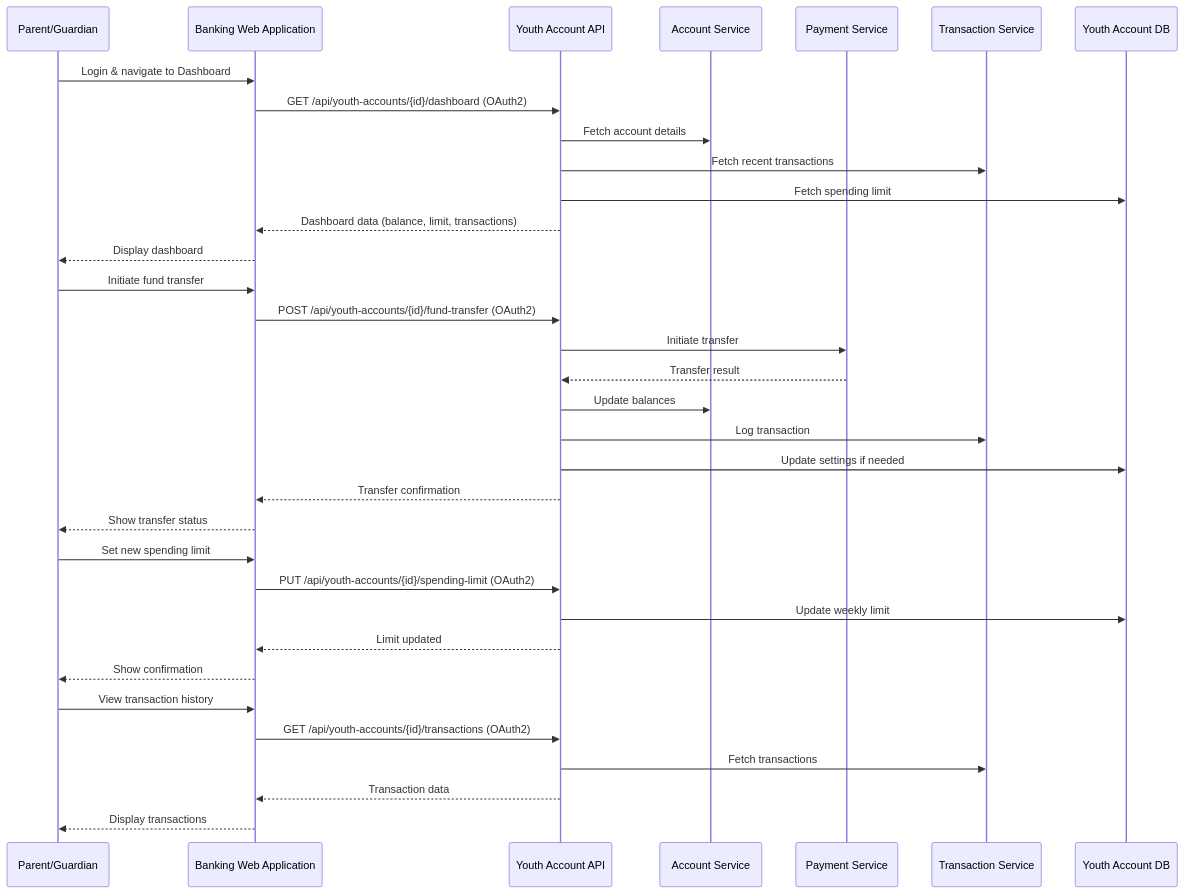
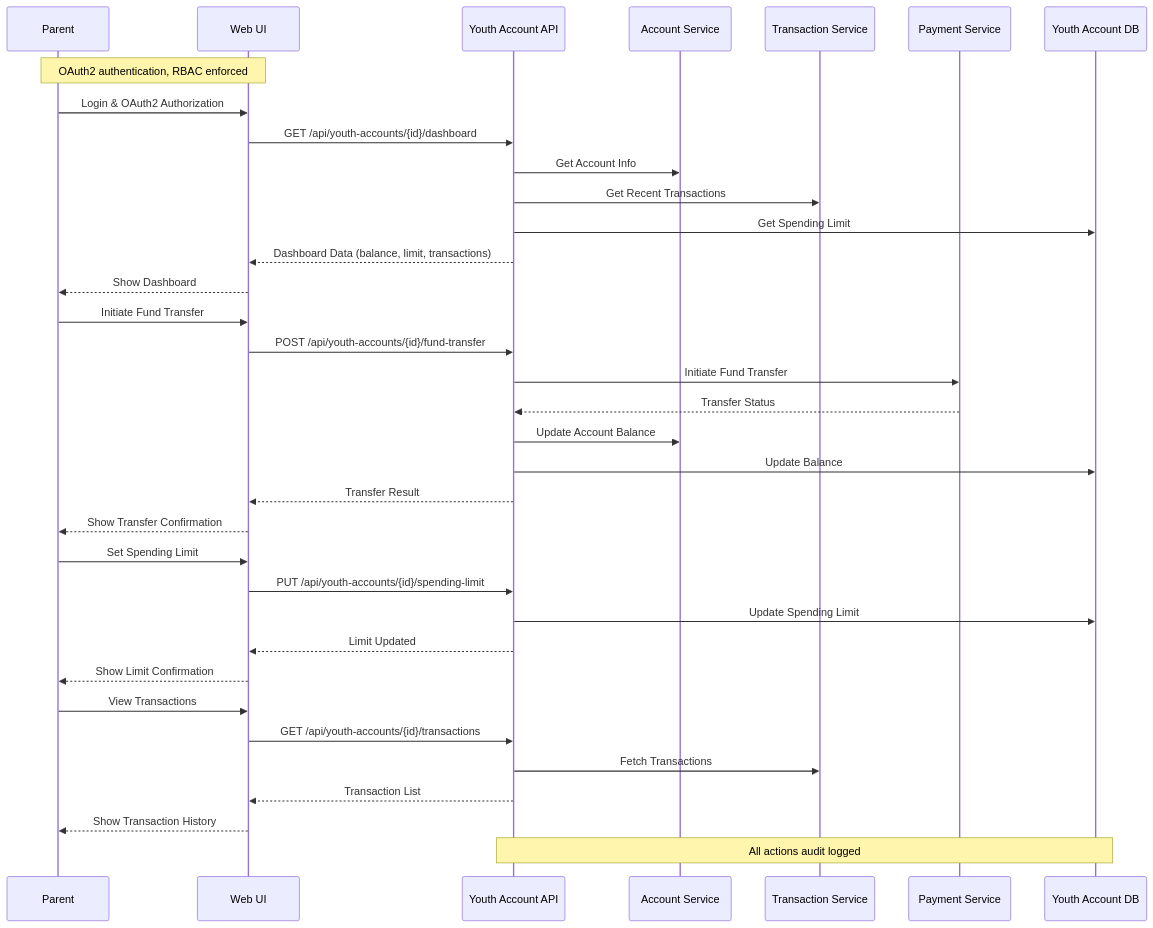
Before and after one commit to Ascend-Krithi/SCIB-Inception: the diagram in Components and Sequence Diagrams/sequence_diagram.mmd, drawn with Mermaid. The commit also changed 1 other file, not shown here.

```diff
--- a/Components and Sequence Diagrams/sequence_diagram.mmd
+++ b/Components and Sequence Diagrams/sequence_diagram.mmd
@@ -1,43 +1,36 @@
-%% Sequence Diagram for Youth Account API (Mermaid)
+%% Sequence Diagram: Youth Account Management API
 sequenceDiagram
-    participant Parent as Parent/Guardian
-    participant WebApp as Banking Web Application
+    participant Parent
+    participant UI as Web UI
     participant API as Youth Account API
-    participant Account as Account Service
-    participant Payment as Payment Service
-    participant Transaction as Transaction Service
+    participant AccountSvc as Account Service
+    participant TxSvc as Transaction Service
+    participant PaymentSvc as Payment Service
     participant DB as Youth Account DB
-
-    %% Dashboard Retrieval
-    Parent->>WebApp: Login & navigate to Dashboard
-    WebApp->>API: GET /api/youth-accounts/{id}/dashboard (OAuth2)
-    API->>Account: Fetch account details
-    API->>Transaction: Fetch recent transactions
-    API->>DB: Fetch spending limit
-    API-->>WebApp: Dashboard data (balance, limit, transactions)
-    WebApp-->>Parent: Display dashboard
-
-    %% Fund Transfer
-    Parent->>WebApp: Initiate fund transfer
-    WebApp->>API: POST /api/youth-accounts/{id}/fund-transfer (OAuth2)
-    API->>Payment: Initiate transfer
-    Payment-->>API: Transfer result
-    API->>Account: Update balances
-    API->>Transaction: Log transaction
-    API->>DB: Update settings if needed
-    API-->>WebApp: Transfer confirmation
-    WebApp-->>Parent: Show transfer status
-
-    %% Set Spending Limit
-    Parent->>WebApp: Set new spending limit
-    WebApp->>API: PUT /api/youth-accounts/{id}/spending-limit (OAuth2)
-    API->>DB: Update weekly limit
-    API-->>WebApp: Limit updated
-    WebApp-->>Parent: Show confirmation
-
-    %% Transaction History
-    Parent->>WebApp: View transaction history
-    WebApp->>API: GET /api/youth-accounts/{id}/transactions (OAuth2)
-    API->>Transaction: Fetch transactions
-    API-->>WebApp: Transaction data
-    WebApp-->>Parent: Display transactions
+    Note over Parent,UI: OAuth2 authentication, RBAC enforced
+    Parent->>UI: Login & OAuth2 Authorization
+    UI->>API: GET /api/youth-accounts/{id}/dashboard
+    API->>AccountSvc: Get Account Info
+    API->>TxSvc: Get Recent Transactions
+    API->>DB: Get Spending Limit
+    API-->>UI: Dashboard Data (balance, limit, transactions)
+    UI-->>Parent: Show Dashboard
+    Parent->>UI: Initiate Fund Transfer
+    UI->>API: POST /api/youth-accounts/{id}/fund-transfer
+    API->>PaymentSvc: Initiate Fund Transfer
+    PaymentSvc-->>API: Transfer Status
+    API->>AccountSvc: Update Account Balance
+    API->>DB: Update Balance
+    API-->>UI: Transfer Result
+    UI-->>Parent: Show Transfer Confirmation
+    Parent->>UI: Set Spending Limit
+    UI->>API: PUT /api/youth-accounts/{id}/spending-limit
+    API->>DB: Update Spending Limit
+    API-->>UI: Limit Updated
+    UI-->>Parent: Show Limit Confirmation
+    Parent->>UI: View Transactions
+    UI->>API: GET /api/youth-accounts/{id}/transactions
+    API->>TxSvc: Fetch Transactions
+    API-->>UI: Transaction List
+    UI-->>Parent: Show Transaction History
+    Note over API,DB: All actions audit logged
```
